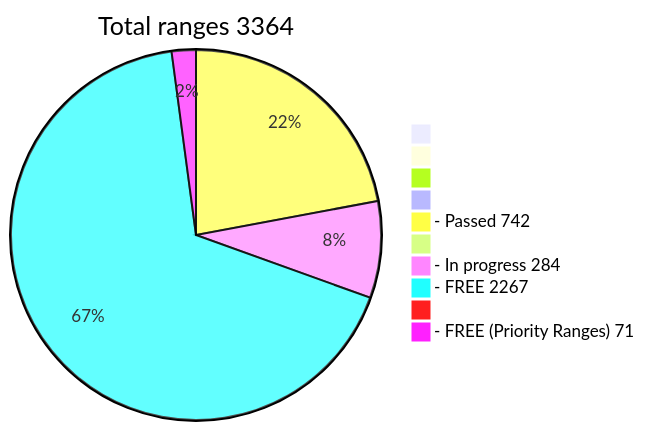
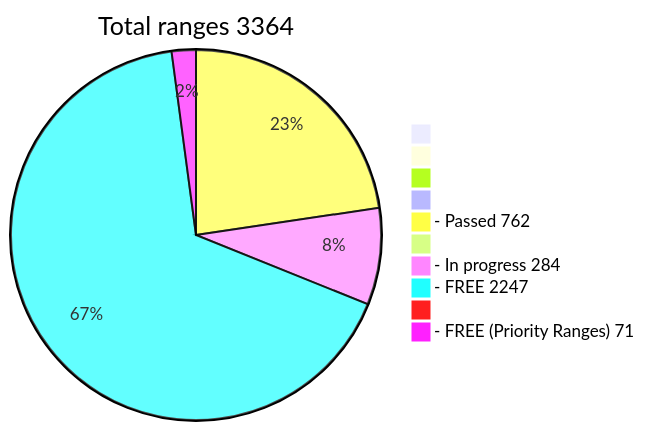
Before and after one commit to phrutis/wif500: the diagram in README.md, drawn with Mermaid.

````diff
--- a/README.md
+++ b/README.md
@@ -16,13 +16,13 @@
 ```mermaid
 pie title Total ranges 3364
              " " : 0
             "  " : 0
            "   " : 0
           "    " : 0
-  "- Passed 742" : 742
+  "- Passed 762" : 762
          "     " : 0
   "- In progress 284" : 284
-   "- FREE 2267" : 2267
+   "- FREE 2247" : 2247
         "      " : 0
   "- FREE (Priority Ranges) 71" : 71
 ```
````
